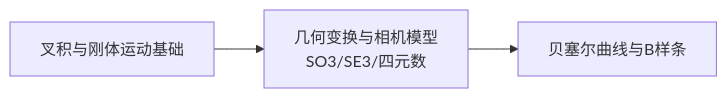
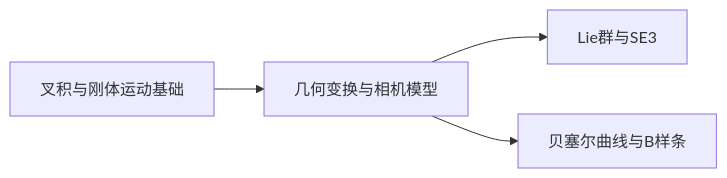
One commit to Yaoyaolingbro/hello-dl changed the diagram in docs/01-math/geometry/index.md. Above: the diagram before and after it, drawn with Mermaid. The commit also changed other lines of this file and 16 other files, not shown here.

````diff
--- a/docs/01-math/geometry/index.md
+++ b/docs/01-math/geometry/index.md
@@ -7,5 +7,6 @@
 ```mermaid
 graph LR
-    A[叉积与刚体运动基础] --> B[几何变换与相机模型\nSO3/SE3/四元数]
-    B --> C[贝塞尔曲线与B样条]
+    A[叉积与刚体运动基础] --> B[几何变换与相机模型]
+    B --> C[Lie群与SE3]
+    B --> D[贝塞尔曲线与B样条]
 ```
````
